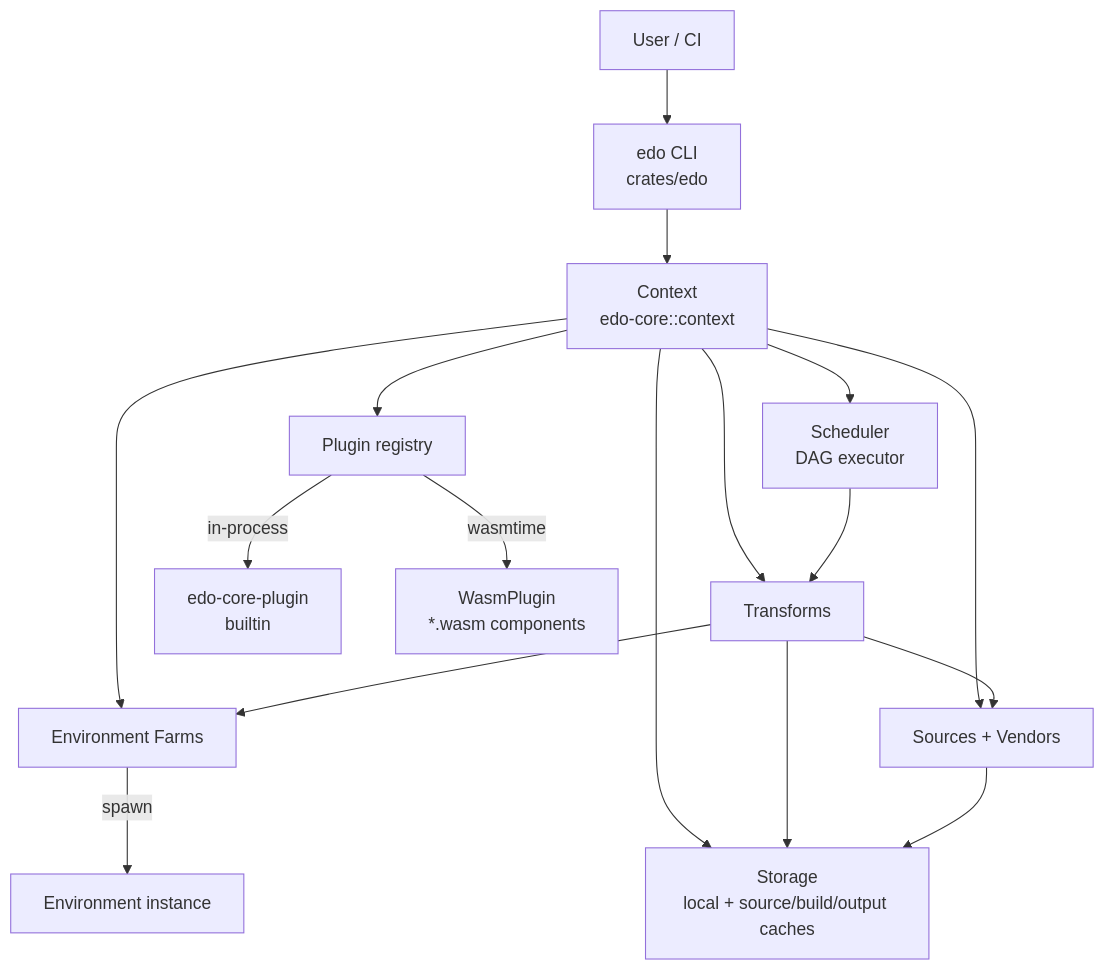
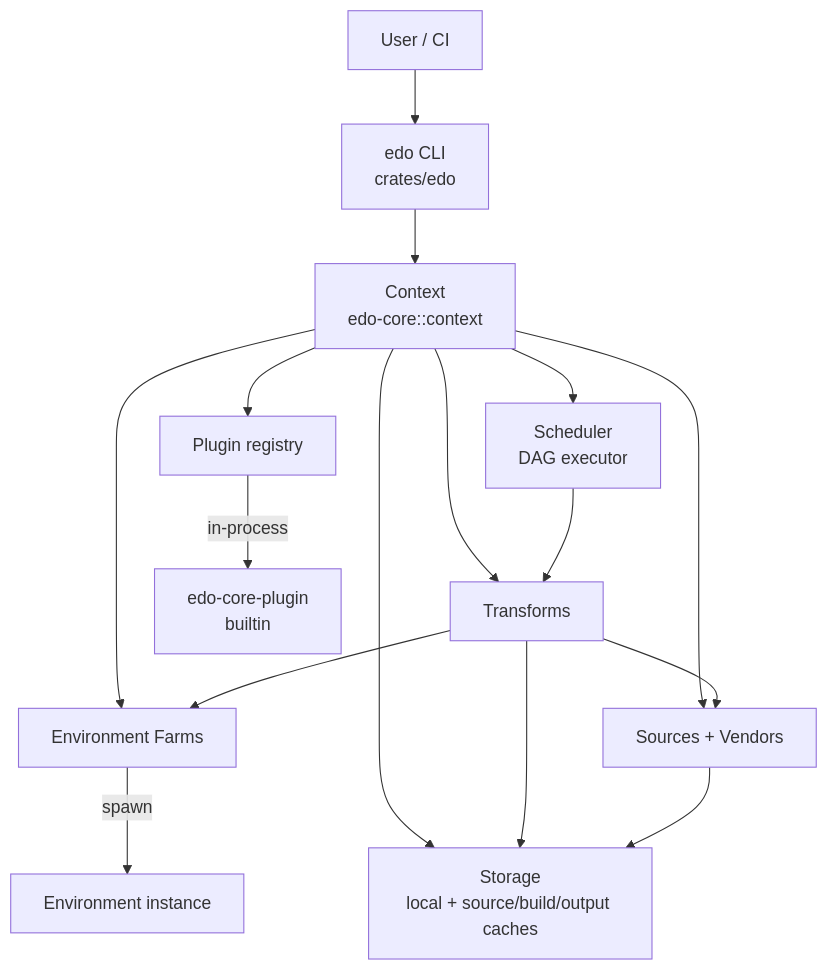
Before and after one commit to jmt-lab/edo: the first of 2 diagrams in .agents/summary/architecture.md, drawn with Mermaid. The commit also changed other lines of this file and 12 other files, not shown here.

````diff
--- a/.agents/summary/architecture.md
+++ b/.agents/summary/architecture.md
@@ -7,21 +7,20 @@
 ```mermaid
 graph TB
     User[User / CI] --> CLI["edo CLI<br/>crates/edo"]
     CLI --> Ctx[Context<br/>edo-core::context]
     Ctx --> Sched[Scheduler<br/>DAG executor]
     Ctx --> Plugins[Plugin registry]
     Ctx --> Storage[Storage<br/>local + source/build/output caches]
     Ctx --> Farms[Environment Farms]
     Ctx --> Sources[Sources + Vendors]
     Ctx --> Transforms[Transforms]
 
     Plugins -->|in-process| CorePlugin[edo-core-plugin<br/>builtin]
-    Plugins -->|wasmtime| Wasm[WasmPlugin<br/>*.wasm components]
 
     Sched --> Transforms
     Transforms --> Farms
     Transforms --> Sources
     Transforms --> Storage
     Sources --> Storage
     Farms -->|spawn| Environment[Environment instance]
 ```
````
